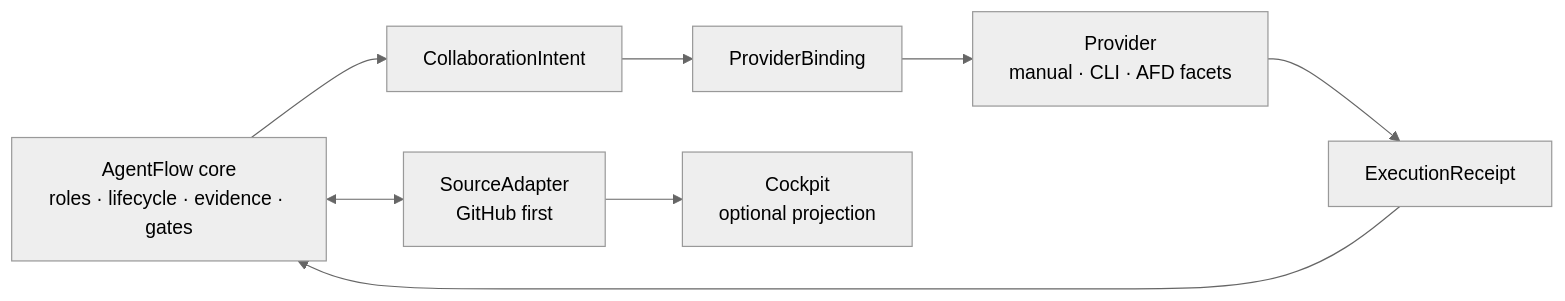
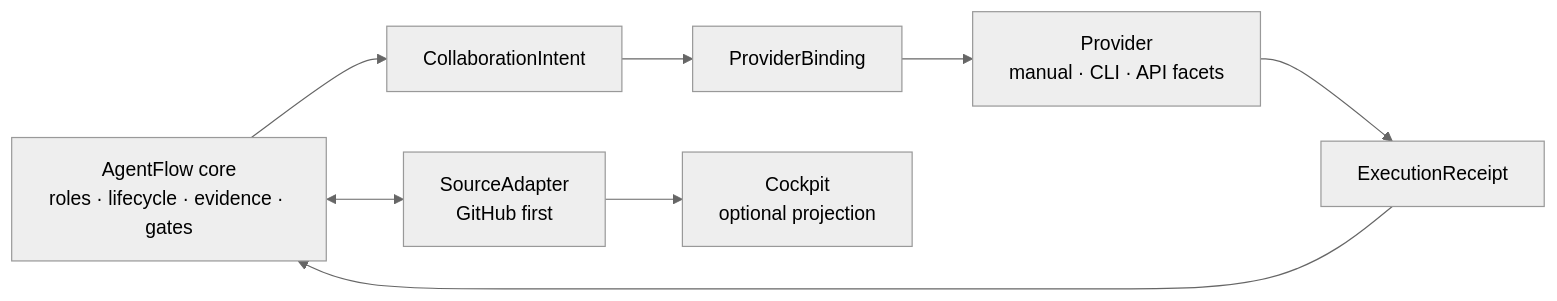
Before and after one commit to smota/meshloop: the diagram in docs/modular-architecture.md, drawn with Mermaid (neutral theme). The commit also changed other lines of this file and 168 other files, not shown here.

````diff
--- a/docs/modular-architecture.md
+++ b/docs/modular-architecture.md
@@ -7,14 +7,14 @@
 ```mermaid
 flowchart LR
   Core["AgentFlow core\nroles · lifecycle · evidence · gates"]
   Intent["CollaborationIntent"]
   Binding["ProviderBinding"]
-  Provider["Provider\nmanual · CLI · AFD facets"]
+  Provider["Provider\nmanual · CLI · API facets"]
   Receipt["ExecutionReceipt"]
   Source["SourceAdapter\nGitHub first"]
   Cockpit["Cockpit\noptional projection"]
 
   Core --> Intent --> Binding --> Provider --> Receipt --> Core
   Core <--> Source
   Source --> Cockpit
 ```
````
